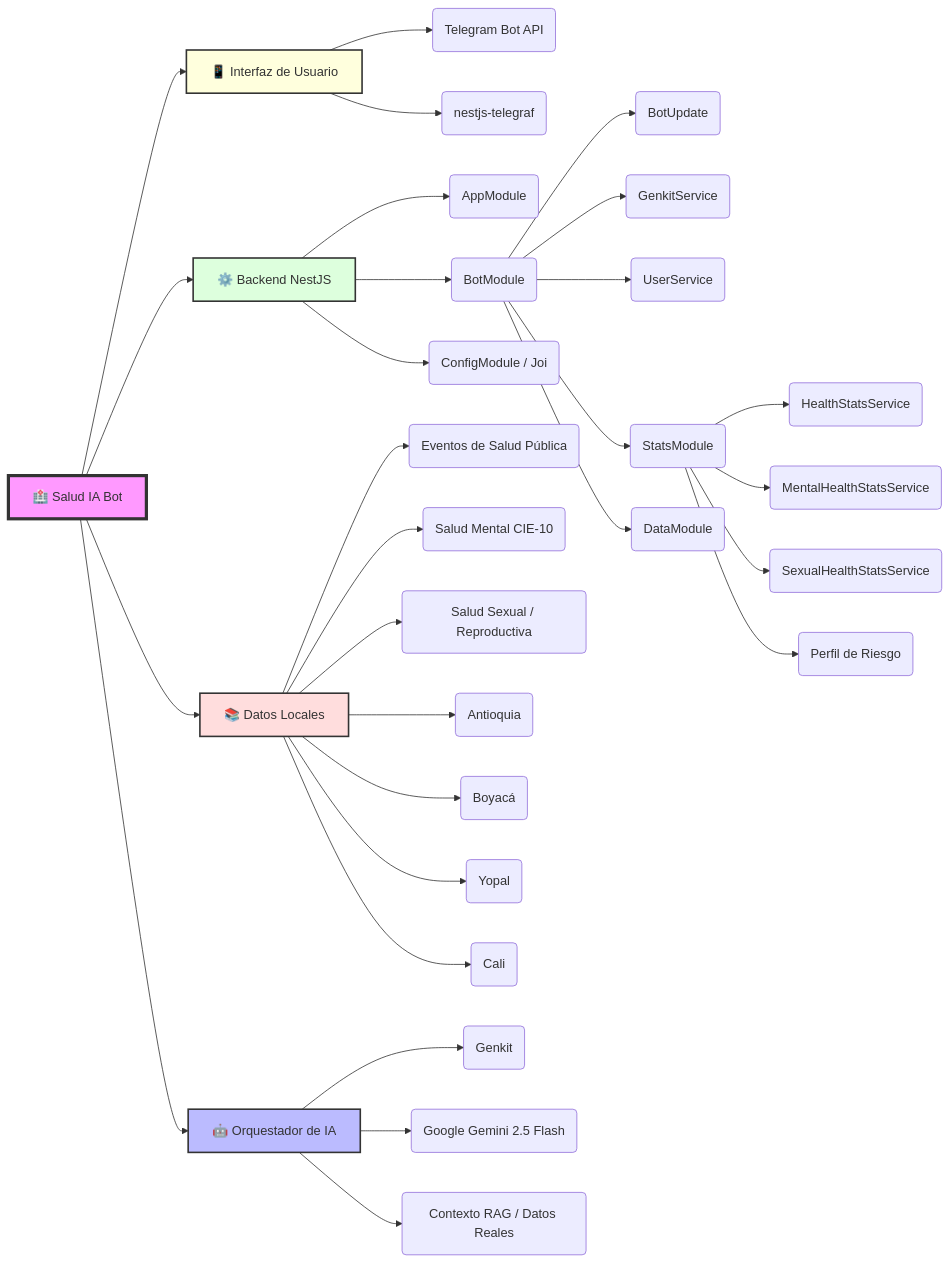
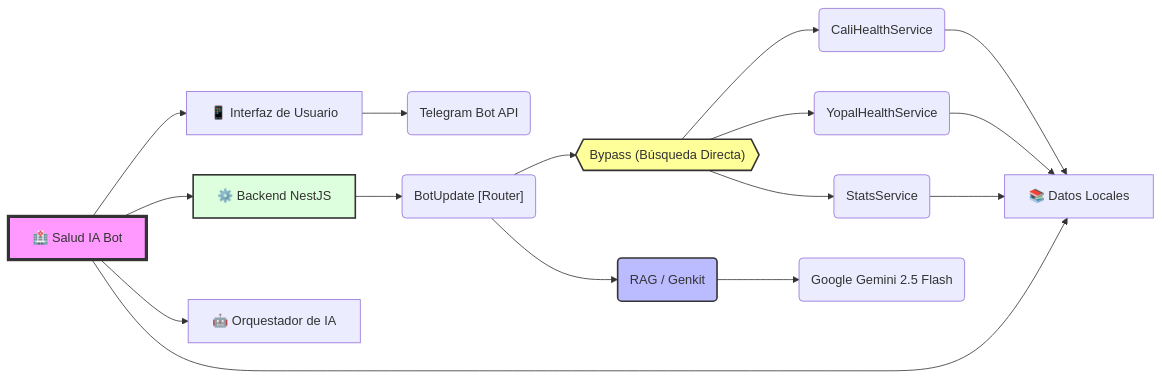
The diagram in README.md (RubenDarioGuerreroNeira/Ecosistema-IA-Colombia), drawn with Mermaid before and after one commit. The commit also changed 1 other file, not shown here.

Commit message:
feat(bot): Update welcome message and README architecture diagram

````diff
--- a/README.md
+++ b/README.md
@@ -22,42 +22,28 @@
 ```mermaid
 graph LR
     Root["🏥 Salud IA Bot"] --> Interface["📱 Interfaz de Usuario"]
     Root --> Core["⚙️ Backend NestJS"]
     Root --> AI["🤖 Orquestador de IA"]
     Root --> Data["📚 Datos Locales"]
 
     Interface --> Telegram("Telegram Bot API")
-    Interface --> Telegraf("nestjs-telegraf")
+    
+    Core --> BotUpdate("BotUpdate [Router]")
+    
+    BotUpdate --> Bypass{{"Bypass (Búsqueda Directa)"}}
+    Bypass --> CaliService("CaliHealthService")
+    Bypass --> YopalService("YopalHealthService")
+    Bypass --> StatsService("StatsService")
+    
+    BotUpdate --> RAG("RAG / Genkit")
+    RAG --> Gemini("Google Gemini 2.5 Flash")
 
-    Core --> AppModule("AppModule")
-    Core --> BotModule("BotModule")
-    Core --> Config("ConfigModule / Joi")
-    BotModule --> BotUpdate("BotUpdate")
-    BotModule --> GenkitService("GenkitService")
-    BotModule --> UserService("UserService")
-    BotModule --> StatsModule("StatsModule")
-    BotModule --> DataModule("DataModule")
-
-    Data --> HealthData("Eventos de Salud Pública")
-    Data --> MentalHealth("Salud Mental CIE-10")
-    Data --> SexualHealth("Salud Sexual / Reproductiva")
-    Data --> Antioquia("Antioquia")
-    Data --> Boyaca("Boyacá")
-    Data --> Yopal("Yopal")
-    Data --> Cali("Cali")
-
-    StatsModule --> HealthStats("HealthStatsService")
-    StatsModule --> MentalHealthStats("MentalHealthStatsService")
-    StatsModule --> SexualHealthStats("SexualHealthStatsService")
-    StatsModule --> RiskProfile("Perfil de Riesgo")
-
-    AI --> Genkit("Genkit")
-    AI --> Gemini("Google Gemini 2.5 Flash")
-    AI --> RAG("Contexto RAG / Datos Reales")
+    CaliService --> Data
+    YopalService --> Data
+    StatsService --> Data
 
     style Root fill:#f9f,stroke:#333,stroke-width:4px
-    style AI fill:#bbf,stroke:#333,stroke-width:2px
+    style Bypass fill:#ff9,stroke:#333,stroke-width:2px
+    style RAG fill:#bbf,stroke:#333,stroke-width:2px
     style Core fill:#dfd,stroke:#333,stroke-width:2px
-    style Interface fill:#ffd,stroke:#333,stroke-width:2px
-    style Data fill:#fdd,stroke:#333,stroke-width:2px
 ```
````
